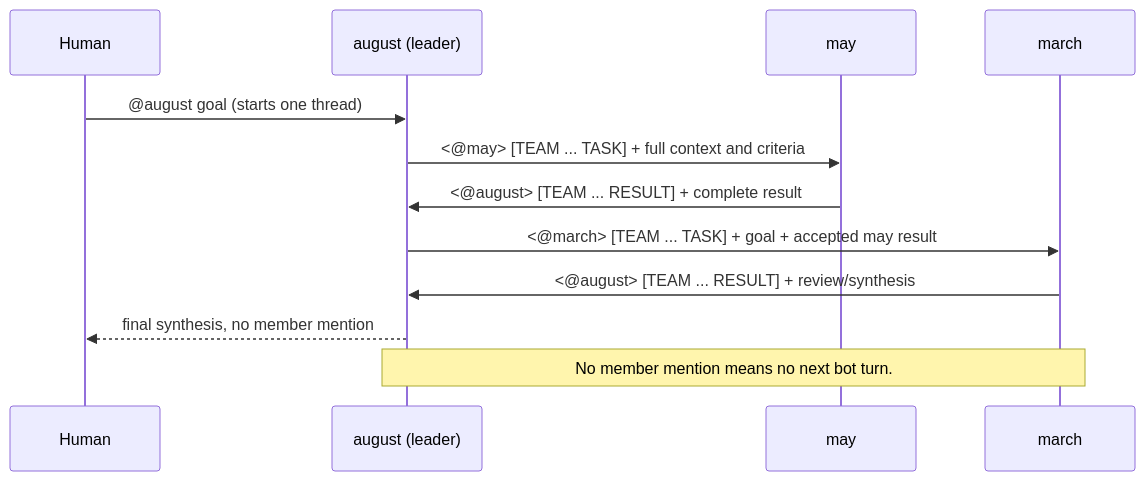
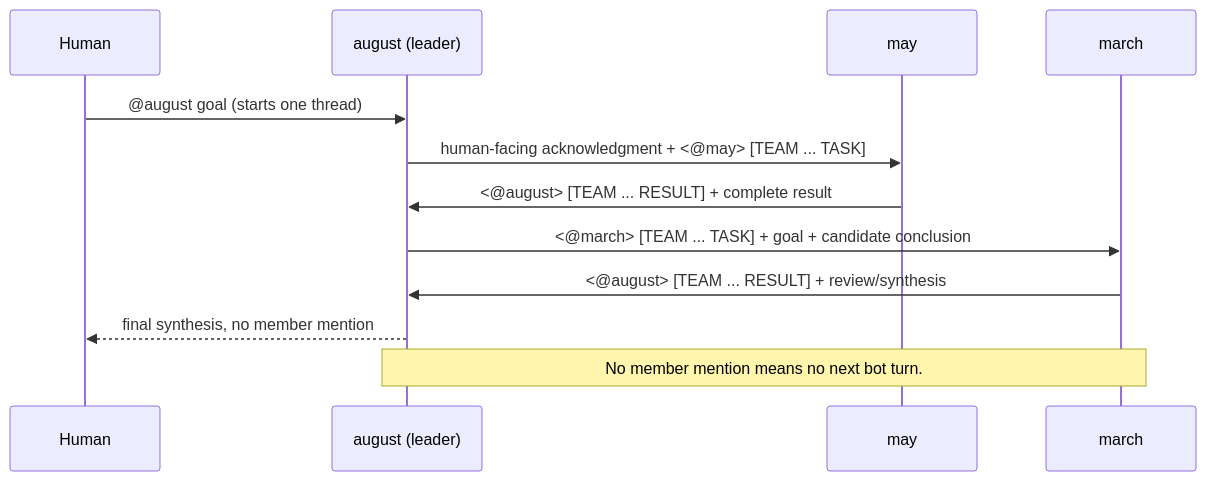
The diagram in docs/advanced/teams/reference.md (jyje/hermes-agent-helm), drawn with Mermaid before and after one commit. The commit also changed other lines of this file and 4 other files, not shown here.

````diff
--- a/docs/advanced/teams/reference.md
+++ b/docs/advanced/teams/reference.md
@@ -285,15 +285,15 @@
 ```mermaid
 sequenceDiagram
     participant H as Human
     participant A as august (leader)
     participant M as may
     participant R as march
 
     H->>A: @august goal (starts one thread)
-    A->>M: <@may> [TEAM ... TASK] + full context and criteria
+    A->>M: human-facing acknowledgment + <@may> [TEAM ... TASK]
     M->>A: <@august> [TEAM ... RESULT] + complete result
-    A->>R: <@march> [TEAM ... TASK] + goal + accepted may result
+    A->>R: <@march> [TEAM ... TASK] + goal + candidate conclusion
     R->>A: <@august> [TEAM ... RESULT] + review/synthesis
     A-->>H: final synthesis, no member mention
     Note over A,R: No member mention means no next bot turn.
 ```
````
